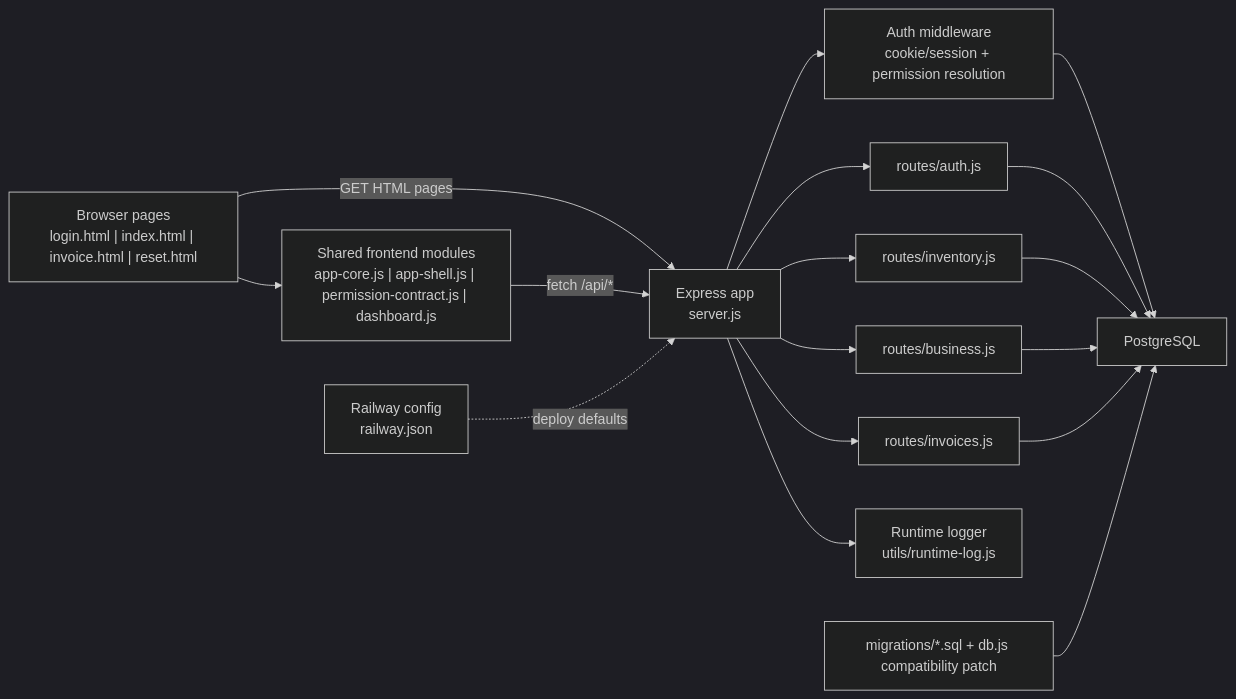
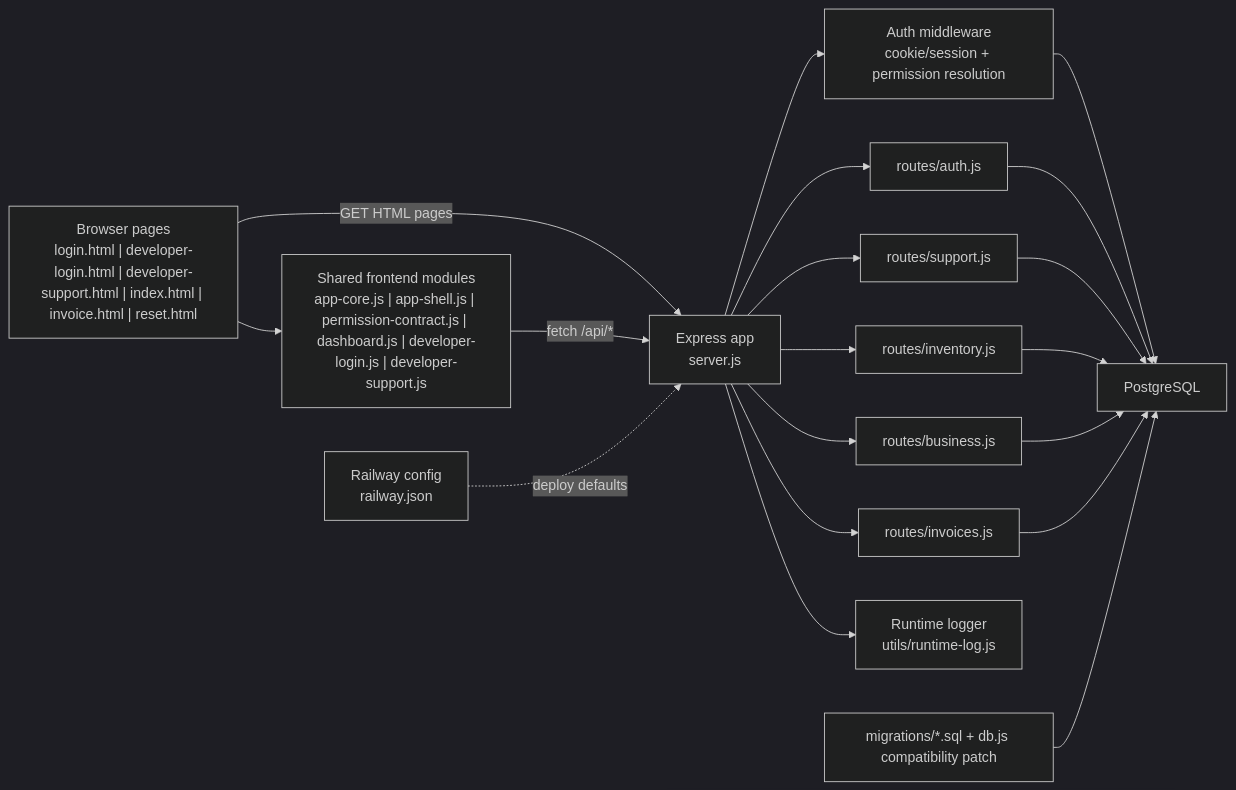
The first of 3 diagrams in docs/COMPLETE_PROJECT_DOCUMENTATION.md (dasdipayan03/India-Inventory-Management), drawn with Mermaid (dark theme) before and after one commit. The commit also changed other lines of this file and 6 other files, not shown here.

````diff
--- a/docs/COMPLETE_PROJECT_DOCUMENTATION.md
+++ b/docs/COMPLETE_PROJECT_DOCUMENTATION.md
@@ -153,32 +163,35 @@
 ```mermaid
 flowchart LR
-  Browser["Browser pages<br/>login.html | index.html | invoice.html | reset.html"]
-  SharedJS["Shared frontend modules<br/>app-core.js | app-shell.js | permission-contract.js | dashboard.js"]
+  Browser["Browser pages<br/>login.html | developer-login.html | developer-support.html | index.html | invoice.html | reset.html"]
+  SharedJS["Shared frontend modules<br/>app-core.js | app-shell.js | permission-contract.js | dashboard.js | developer-login.js | developer-support.js"]
   Server["Express app<br/>server.js"]
   AuthMW["Auth middleware<br/>cookie/session + permission resolution"]
   AuthRoutes["routes/auth.js"]
+  SupportRoutes["routes/support.js"]
   InventoryRoutes["routes/inventory.js"]
   BusinessRoutes["routes/business.js"]
   InvoiceRoutes["routes/invoices.js"]
   RuntimeLog["Runtime logger<br/>utils/runtime-log.js"]
   DeployCfg["Railway config<br/>railway.json"]
   DB["PostgreSQL"]
   Schema["migrations/*.sql + db.js compatibility patch"]
 
   Browser --> SharedJS
   Browser -->|"GET HTML pages"| Server
   SharedJS -->|"fetch /api/*"| Server
   DeployCfg -. deploy defaults .-> Server
   Server --> AuthMW
   Server --> AuthRoutes
+  Server --> SupportRoutes
   Server --> InventoryRoutes
   Server --> BusinessRoutes
   Server --> InvoiceRoutes
   Server --> RuntimeLog
   AuthMW --> DB
   AuthRoutes --> DB
+  SupportRoutes --> DB
   InventoryRoutes --> DB
   BusinessRoutes --> DB
   InvoiceRoutes --> DB
   Schema --> DB
 ```
````
